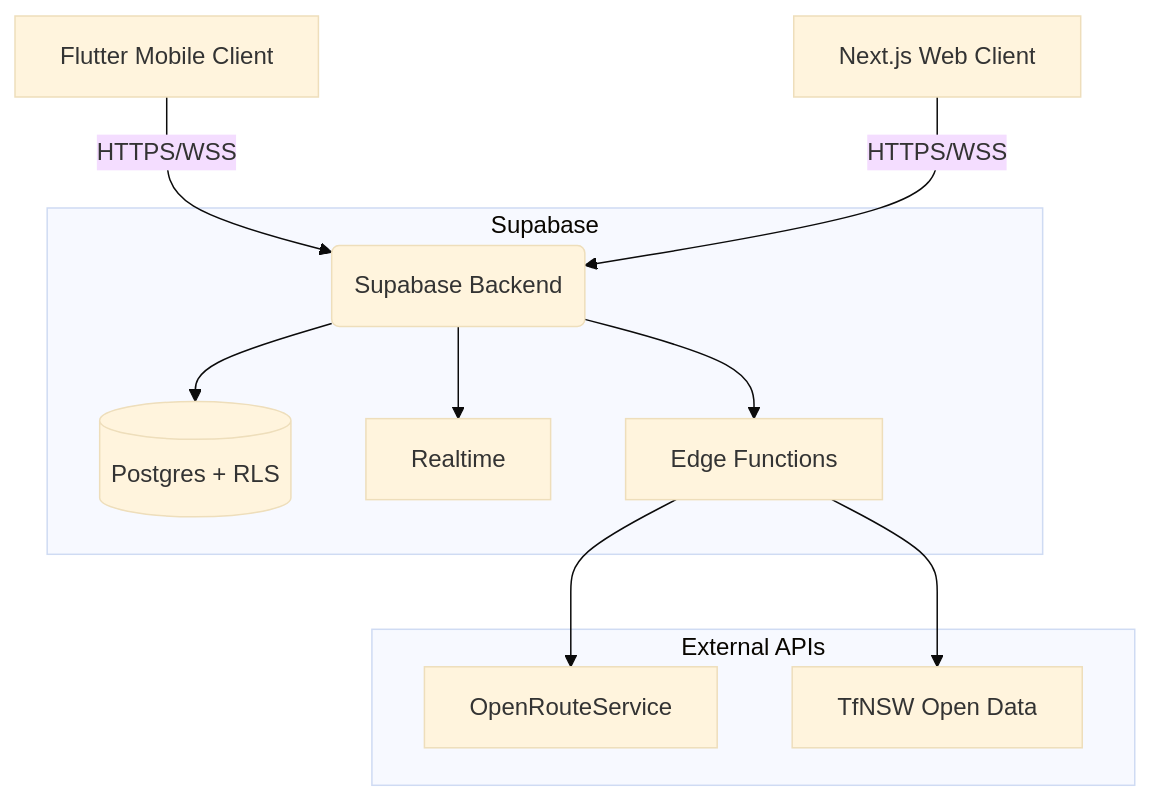
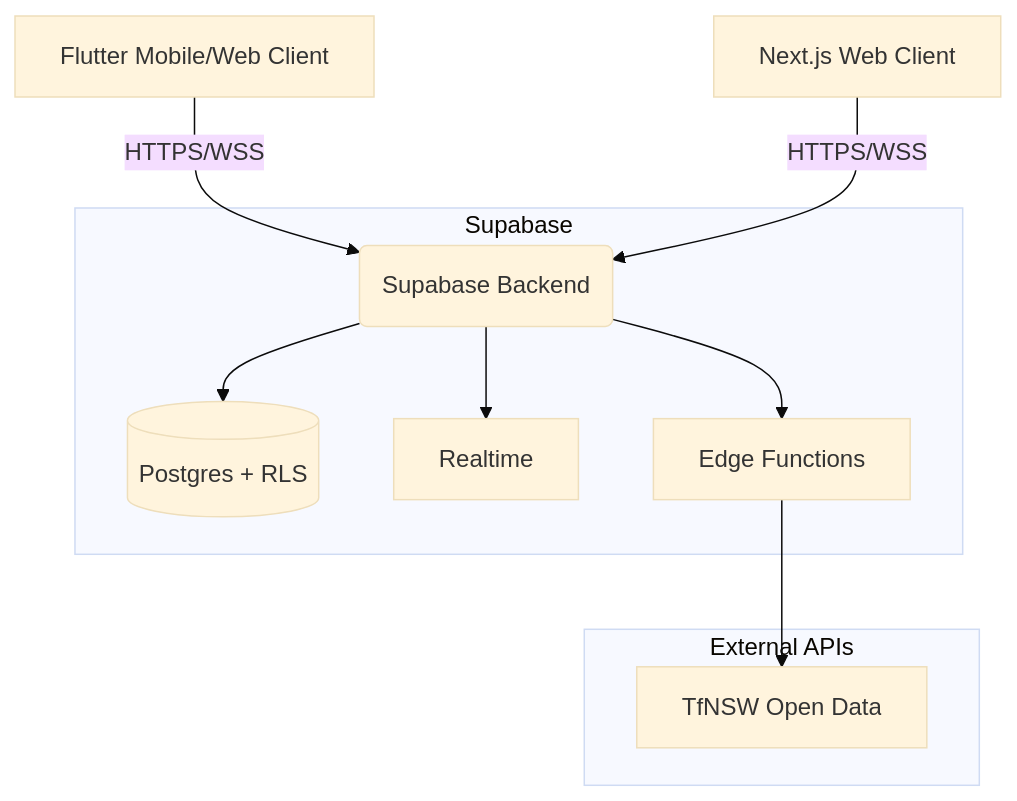
The diagram in README.md (Raoof128/MQ-Journey), drawn with Mermaid (base theme) before and after one commit. The commit also changed other lines of this file and 3 other files, not shown here.

````diff
--- a/README.md
+++ b/README.md
@@ -140,16 +114,15 @@
 ```mermaid
 graph TD
-    A[Flutter Mobile Client] -->|HTTPS/WSS| B(Supabase Backend)
+    A[Flutter Mobile/Web Client] -->|HTTPS/WSS| B(Supabase Backend)
     C[Next.js Web Client] -->|HTTPS/WSS| B
 
     subgraph "Supabase"
         B --> D[(Postgres + RLS)]
         B --> E[Realtime]
         B --> F[Edge Functions]
     end
 
     subgraph "External APIs"
-        F --> G[OpenRouteService]
-        F --> H[TfNSW Open Data]
+        F --> G[TfNSW Open Data]
     end
 ```
````
